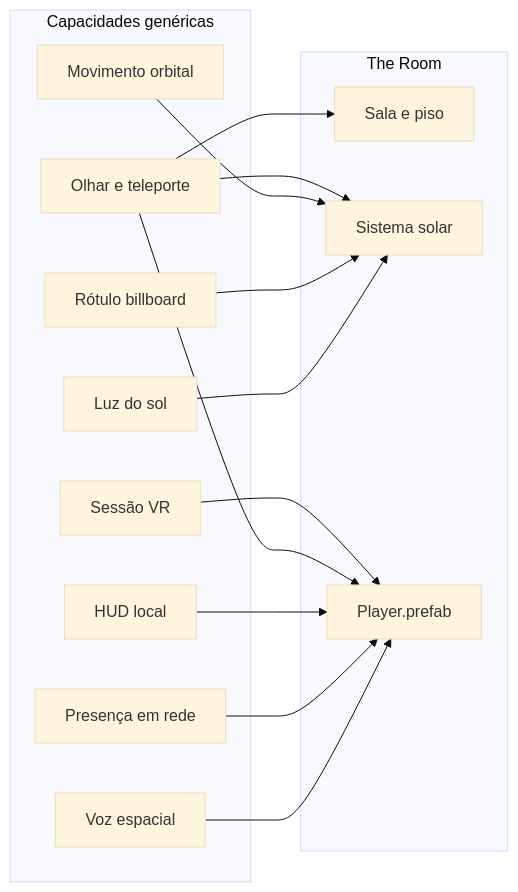
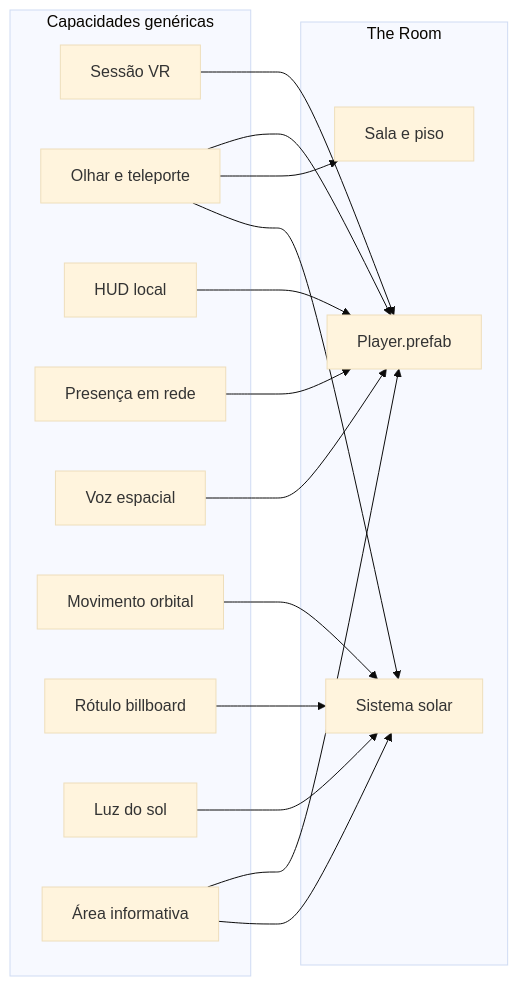
One commit to Ebon-Labs/meta-class-alpha changed the first of 2 diagrams in docs/arquitetura.md. Above: the diagram before and after it, drawn with Mermaid (base theme). The commit also changed other lines of this file and 29 other files, not shown here.

````diff
--- a/docs/arquitetura.md
+++ b/docs/arquitetura.md
@@ -18,30 +18,33 @@
 ```mermaid
 flowchart LR
     subgraph Generico["Capacidades genéricas"]
         VR[Sessão VR]
         Gaze[Olhar e teleporte]
         HUD[HUD local]
         Net[Presença em rede]
         Voice[Voz espacial]
         Orbit[Movimento orbital]
         Label[Rótulo billboard]
         Light[Luz do sol]
+        Info[Área informativa]
     end
 
     subgraph Cena["The Room"]
         Room[Sala e piso]
         System[Sistema solar]
         Player[Player.prefab]
     end
 
     VR --> Player
     Gaze --> Player
     Gaze --> Room
     Gaze --> System
     HUD --> Player
     Net --> Player
     Voice --> Player
     Orbit --> System
     Label --> System
     Light --> System
+    Info --> Player
+    Info --> System
 ```
````
